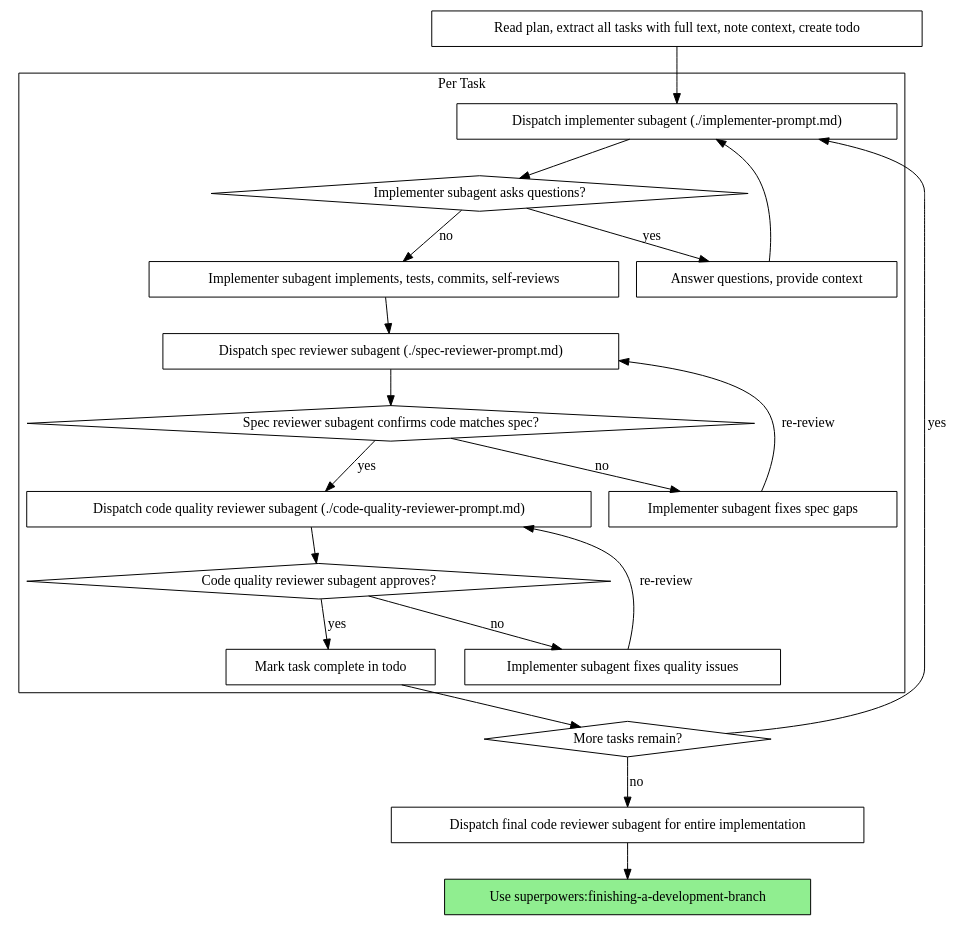
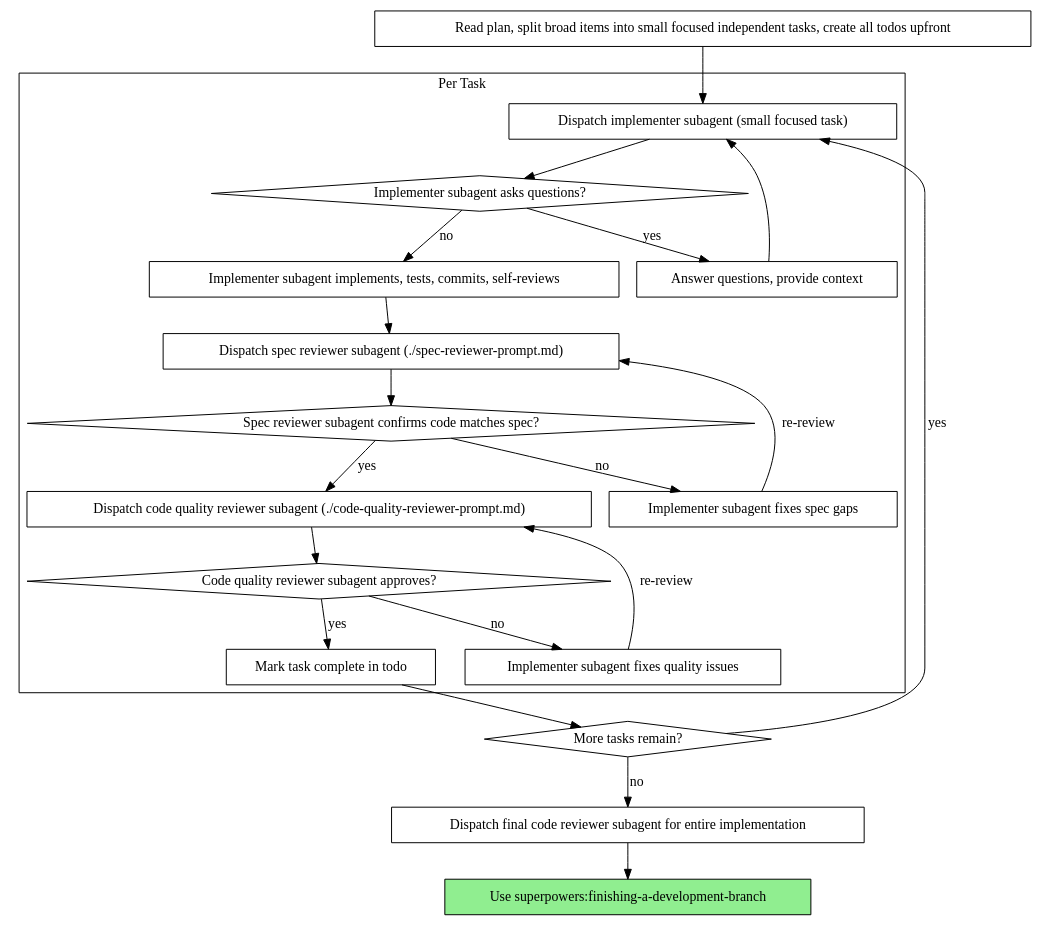
The second of 2 diagrams in skills/subagent-driven-development/SKILL.md (byrizki/pi-superpowers), drawn with Graphviz before and after one commit. The commit also changed other lines of this file and 6 other files, not shown here.

````diff
--- a/skills/subagent-driven-development/SKILL.md
+++ b/skills/subagent-driven-development/SKILL.md
@@ -42,44 +42,44 @@
 ```dot
 digraph process {
     rankdir=TB;
 
     subgraph cluster_per_task {
         label="Per Task";
-        "Dispatch implementer subagent (./implementer-prompt.md)" [shape=box];
+        "Dispatch implementer subagent (small focused task)" [shape=box];
         "Implementer subagent asks questions?" [shape=diamond];
         "Answer questions, provide context" [shape=box];
         "Implementer subagent implements, tests, commits, self-reviews" [shape=box];
         "Dispatch spec reviewer subagent (./spec-reviewer-prompt.md)" [shape=box];
         "Spec reviewer subagent confirms code matches spec?" [shape=diamond];
         "Implementer subagent fixes spec gaps" [shape=box];
         "Dispatch code quality reviewer subagent (./code-quality-reviewer-prompt.md)" [shape=box];
         "Code quality reviewer subagent approves?" [shape=diamond];
         "Implementer subagent fixes quality issues" [shape=box];
         "Mark task complete in todo" [shape=box];
     }
 
-    "Read plan, extract all tasks with full text, note context, create todo" [shape=box];
+    "Read plan, split broad items into small focused independent tasks, create all todos upfront" [shape=box];
     "More tasks remain?" [shape=diamond];
     "Dispatch final code reviewer subagent for entire implementation" [shape=box];
     "Use superpowers:finishing-a-development-branch" [shape=box style=filled fillcolor=lightgreen];
 
-    "Read plan, extract all tasks with full text, note context, create todo" -> "Dispatch implementer subagent (./implementer-prompt.md)";
-    "Dispatch implementer subagent (./implementer-prompt.md)" -> "Implementer subagent asks questions?";
+    "Read plan, split broad items into small focused independent tasks, create all todos upfront" -> "Dispatch implementer subagent (small focused task)";
+    "Dispatch implementer subagent (small focused task)" -> "Implementer subagent asks questions?";
     "Implementer subagent asks questions?" -> "Answer questions, provide context" [label="yes"];
-    "Answer questions, provide context" -> "Dispatch implementer subagent (./implementer-prompt.md)";
+    "Answer questions, provide context" -> "Dispatch implementer subagent (small focused task)";
     "Implementer subagent asks questions?" -> "Implementer subagent implements, tests, commits, self-reviews" [label="no"];
     "Implementer subagent implements, tests, commits, self-reviews" -> "Dispatch spec reviewer subagent (./spec-reviewer-prompt.md)";
     "Dispatch spec reviewer subagent (./spec-reviewer-prompt.md)" -> "Spec reviewer subagent confirms code matches spec?";
     "Spec reviewer subagent confirms code matches spec?" -> "Implementer subagent fixes spec gaps" [label="no"];
     "Implementer subagent fixes spec gaps" -> "Dispatch spec reviewer subagent (./spec-reviewer-prompt.md)" [label="re-review"];
     "Spec reviewer subagent confirms code matches spec?" -> "Dispatch code quality reviewer subagent (./code-quality-reviewer-prompt.md)" [label="yes"];
     "Dispatch code quality reviewer subagent (./code-quality-reviewer-prompt.md)" -> "Code quality reviewer subagent approves?";
     "Code quality reviewer subagent approves?" -> "Implementer subagent fixes quality issues" [label="no"];
     "Implementer subagent fixes quality issues" -> "Dispatch code quality reviewer subagent (./code-quality-reviewer-prompt.md)" [label="re-review"];
     "Code quality reviewer subagent approves?" -> "Mark task complete in todo" [label="yes"];
     "Mark task complete in todo" -> "More tasks remain?";
-    "More tasks remain?" -> "Dispatch implementer subagent (./implementer-prompt.md)" [label="yes"];
+    "More tasks remain?" -> "Dispatch implementer subagent (small focused task)" [label="yes"];
     "More tasks remain?" -> "Dispatch final code reviewer subagent for entire implementation" [label="no"];
     "Dispatch final code reviewer subagent for entire implementation" -> "Use superpowers:finishing-a-development-branch";
 }
 ```
````
